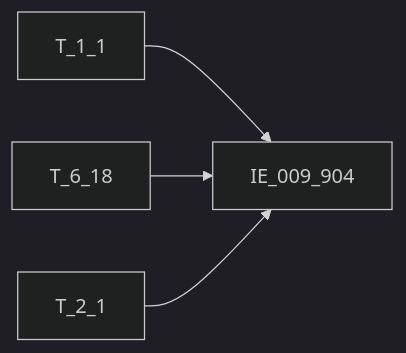
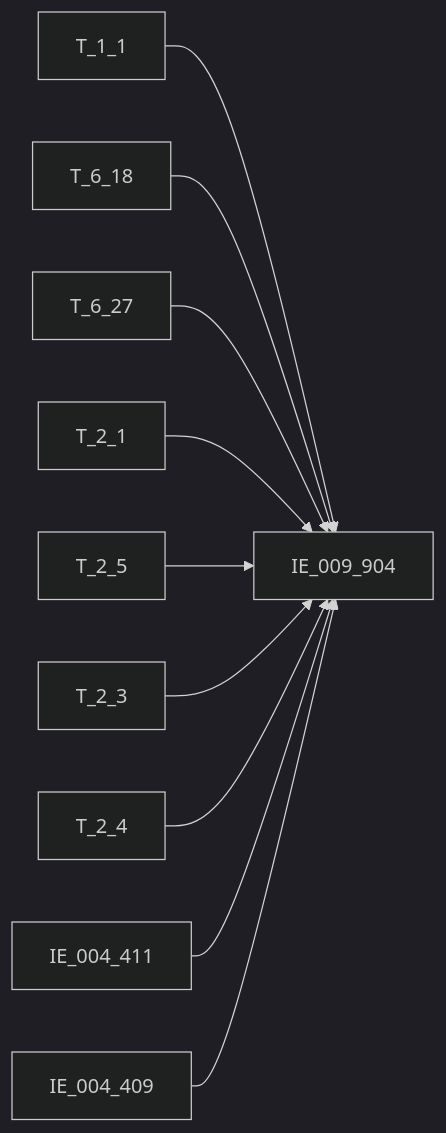
The diagram in regulatory-data-lab/知识库/血缘/EAST5.0系统/血缘-IE_009_904-委托贷款信息表-EAST5.0系统.md (zhoujk1989-arch/Obsidian), drawn with Mermaid (dark theme) before and after one commit. The commit also changed other lines of this file and 93 other files, not shown here.

````diff
--- a/regulatory-data-lab/知识库/血缘/EAST5.0系统/血缘-IE_009_904-委托贷款信息表-EAST5.0系统.md
+++ b/regulatory-data-lab/知识库/血缘/EAST5.0系统/血缘-IE_009_904-委托贷款信息表-EAST5.0系统.md
@@ -94,6 +129,12 @@
 ```mermaid
 flowchart LR
     S1["T_1_1"] --> T["IE_009_904"]
-    S2["T_6_18"] --> T["IE_009_904"]
-    S3["T_2_1"] --> T["IE_009_904"]
+    S2["T_6_18"] --> T
+    S3["T_6_27"] --> T
+    S4["T_2_1"] --> T
+    S5["T_2_5"] --> T
+    S6["T_2_3"] --> T
+    S7["T_2_4"] --> T
+    S8["IE_004_411"] --> T
+    S9["IE_004_409"] --> T
 ```
````
